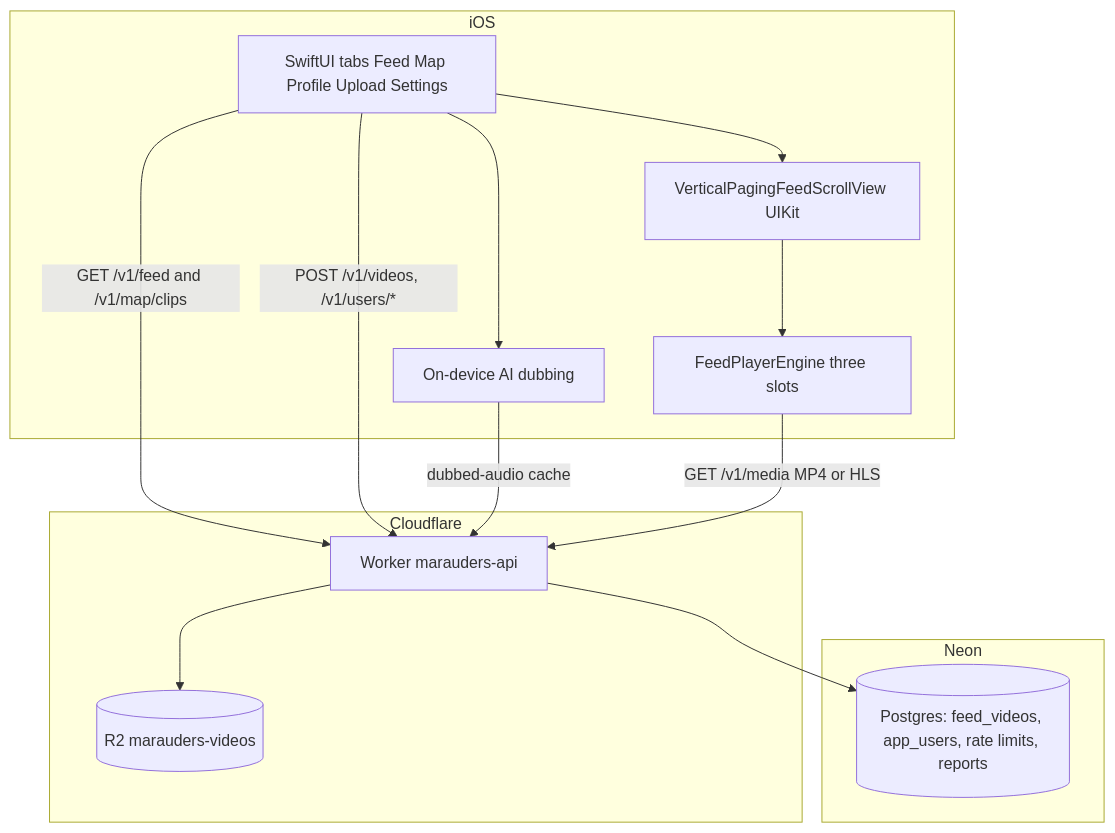
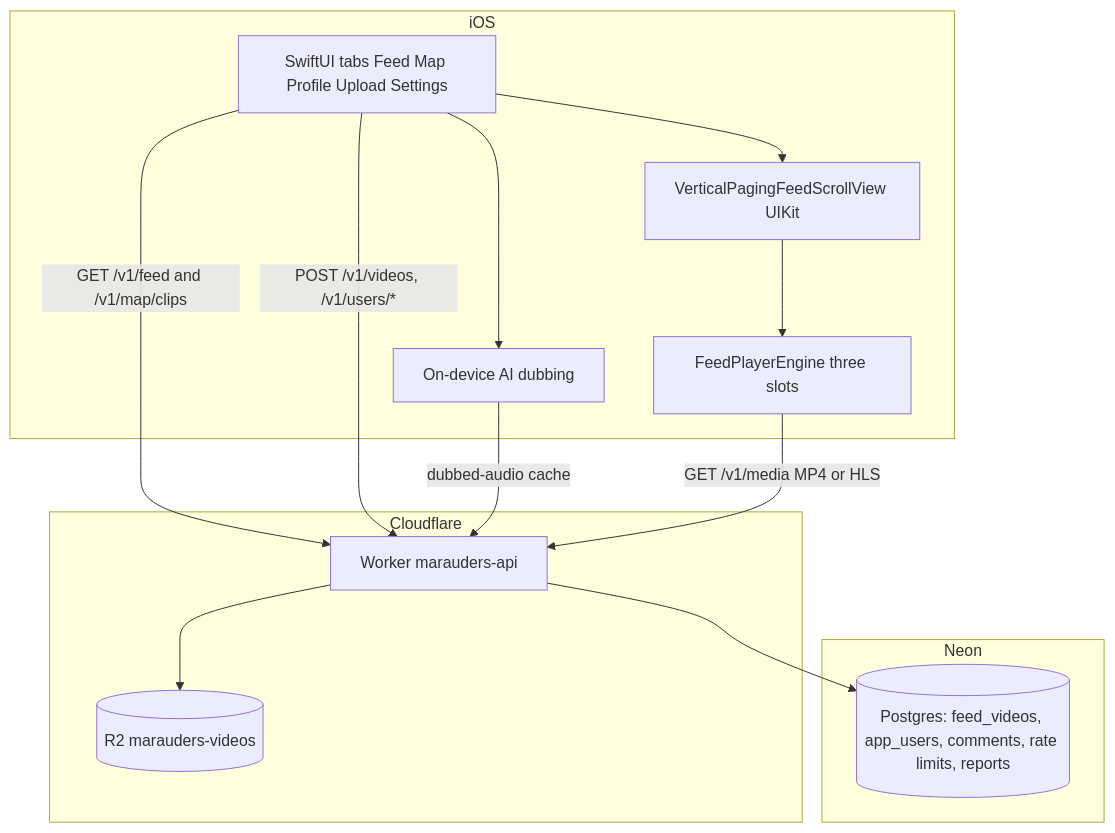
The first of 7 diagrams in ARCHITECTURE.md (SomsakGitHub/Marauders), drawn with Mermaid before and after one commit. The commit also changed other lines of this file and 12 other files, not shown here.

````diff
--- a/ARCHITECTURE.md
+++ b/ARCHITECTURE.md
@@ -9,28 +9,28 @@
 ```mermaid
 flowchart TB
   subgraph ios [iOS]
     UI[SwiftUI tabs Feed Map Profile Upload Settings]
     Paging[VerticalPagingFeedScrollView UIKit]
     Engine[FeedPlayerEngine three slots]
     Dub[On-device AI dubbing]
     UI --> Paging
     Paging --> Engine
     UI --> Dub
   end
 
   subgraph cf [Cloudflare]
     API[Worker marauders-api]
     R2[(R2 marauders-videos)]
   end
 
   subgraph neon [Neon]
-    DB[(Postgres: feed_videos, app_users, rate limits, reports)]
+    DB[(Postgres: feed_videos, app_users, comments, rate limits, reports)]
   end
 
   UI -->|GET /v1/feed and /v1/map/clips| API
   UI -->|POST /v1/videos, /v1/users/*| API
   Dub -->|dubbed-audio cache| API
   Engine -->|GET /v1/media MP4 or HLS| API
   API --> DB
   API --> R2
 ```
````
